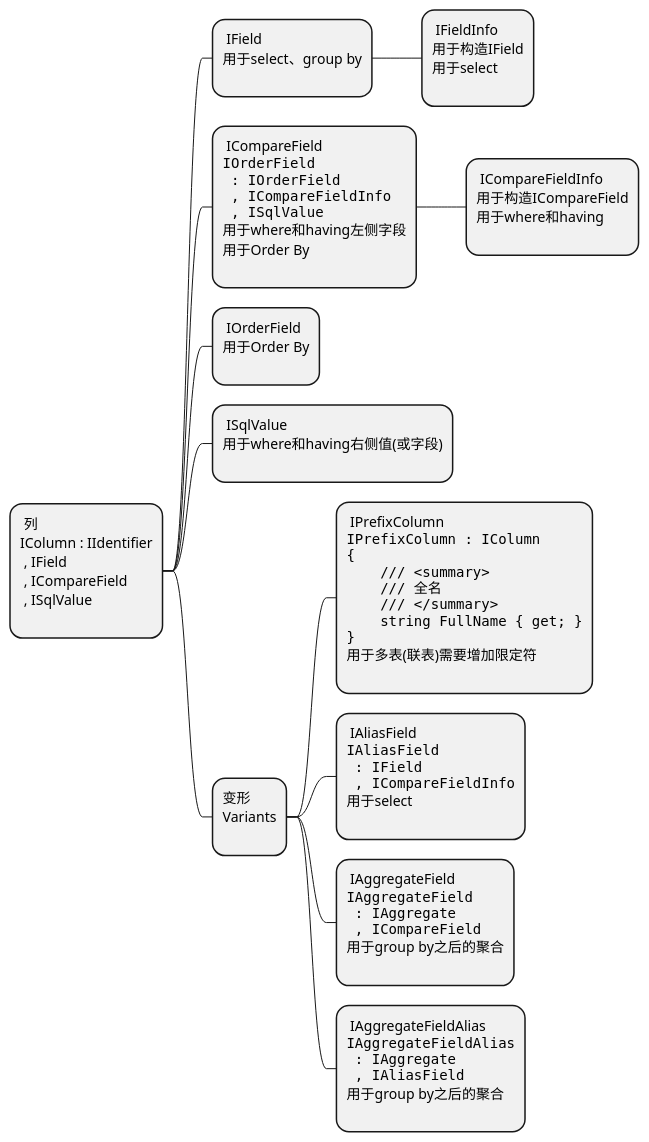
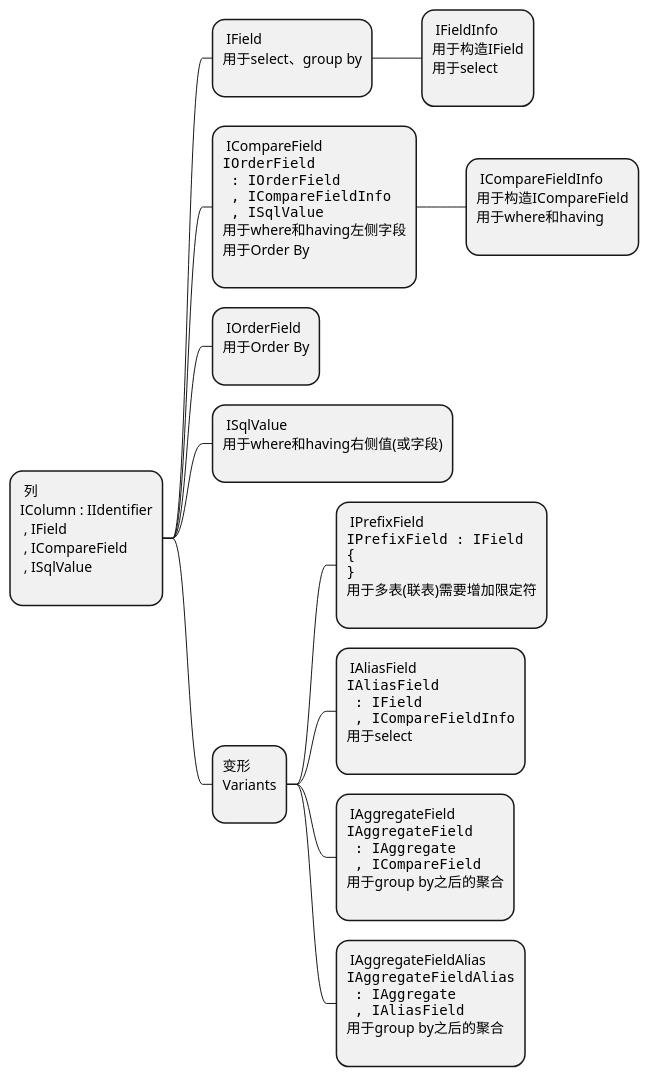
One commit to donetsoftwork/Shadow changed the diagram in ShadowSql.Core/Identifiers/Column.puml. Above: the diagram before and after it, drawn with PlantUML. The commit also changed 156 other files, not shown here.

```diff
--- a/ShadowSql.Core/Identifiers/Column.puml
+++ b/ShadowSql.Core/Identifiers/Column.puml
@@ -1,78 +1,74 @@
 @startmindmap 列
 *: 列
 IColumn : IIdentifier
  , IField
  , ICompareField
  , ISqlValue
 ;
 
 **: IField
 用于select、group by
 ;
 ***: IFieldInfo
 用于构造IField
 用于select
 ;
 **: ICompareField
 <code>
 IOrderField
  : IOrderField
  , ICompareFieldInfo
  , ISqlValue
 </code>
 用于where和having左侧字段
 用于Order By
 ;
 ***: ICompareFieldInfo
 用于构造ICompareField
 用于where和having
 ;
 **: IOrderField
 用于Order By
 ;
 **: ISqlValue
 用于where和having右侧值(或字段)
 ;
 
 **:变形
 Variants
 ;
-***: IPrefixColumn
+***: IPrefixField
 <code>
-IPrefixColumn : IColumn
+IPrefixField : IField
 {
-    /// <summary>
-    /// 全名
-    /// </summary>
-    string FullName { get; }
 }
 </code>
 用于多表(联表)需要增加限定符
 ;
 ***: IAliasField
 <code>
 IAliasField
  : IField
  , ICompareFieldInfo
 </code>
 用于select
 ;
 ***: IAggregateField
 <code>
 IAggregateField
  : IAggregate
  , ICompareField
 </code>
 用于group by之后的聚合
 ;
 ***: IAggregateFieldAlias
 <code>
 IAggregateFieldAlias
  : IAggregate
  , IAliasField
 </code>
 用于group by之后的聚合
 ;
 
 
 @endmindmap
```
